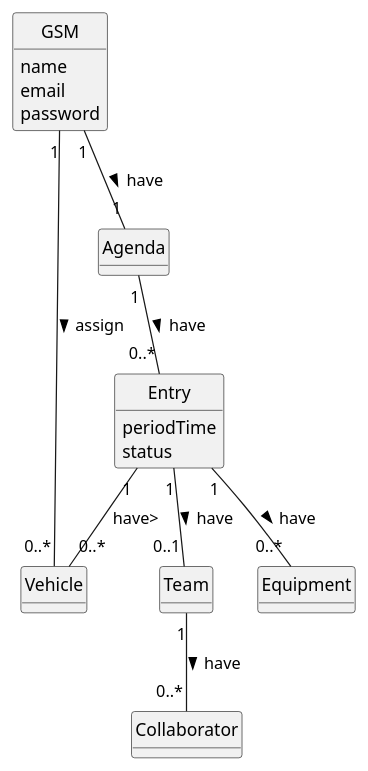
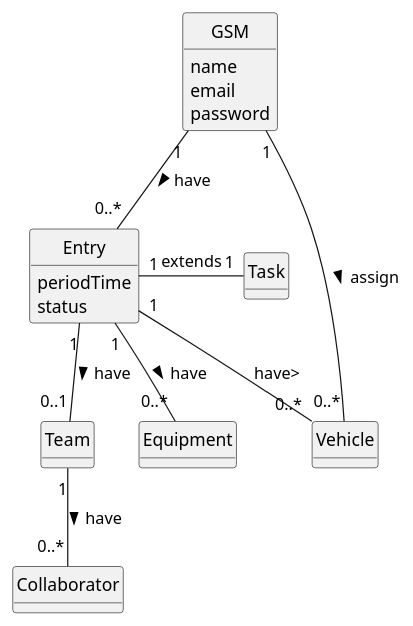
Before and after one commit to francisc-o-liveira/lei-24-s2-1dp-g163: the diagram in docs/sprintC/us026/02.analysis/puml/us022-domain-model.puml, drawn with PlantUML. The commit also changed 1 other file, not shown here.

```diff
--- a/docs/sprintC/us026/02.analysis/puml/us022-domain-model.puml
+++ b/docs/sprintC/us026/02.analysis/puml/us022-domain-model.puml
@@ -1,50 +1,53 @@
 @startuml
 skinparam monochrome true
 skinparam packageStyle rectangle
 skinparam shadowing false
 
 'left to right direction
 
 skinparam classAttributeIconSize 0
 
 hide circle
 hide methods
 
 'title Domain Model
 
 'class Platform {
 '  -description
 '}
 
 
 class GSM {
     name
     email
     password
 }
 
 class Entry{
     periodTime
     status
 }
 
 class Vehicle{
 
 }
 
+class Task{
 
-GSM "1" -- "1" Agenda: have >
+}
+
+GSM "1" -- "0..*" Entry: have >
+
+Entry "1" - "1" Task : extends
 
 GSM "1" -- "0..*" Vehicle : assign >
-
-Agenda "1" -- "0..*" Entry: have >
 
 Entry "1" -- "0..1" Team : have >
 
 Entry "1" -- "0..*" Vehicle : have>
 
 Entry "1" -- "0..*" Equipment : have >
 
 Team "1" -- "0..*" Collaborator : have >
 
 @enduml
```
